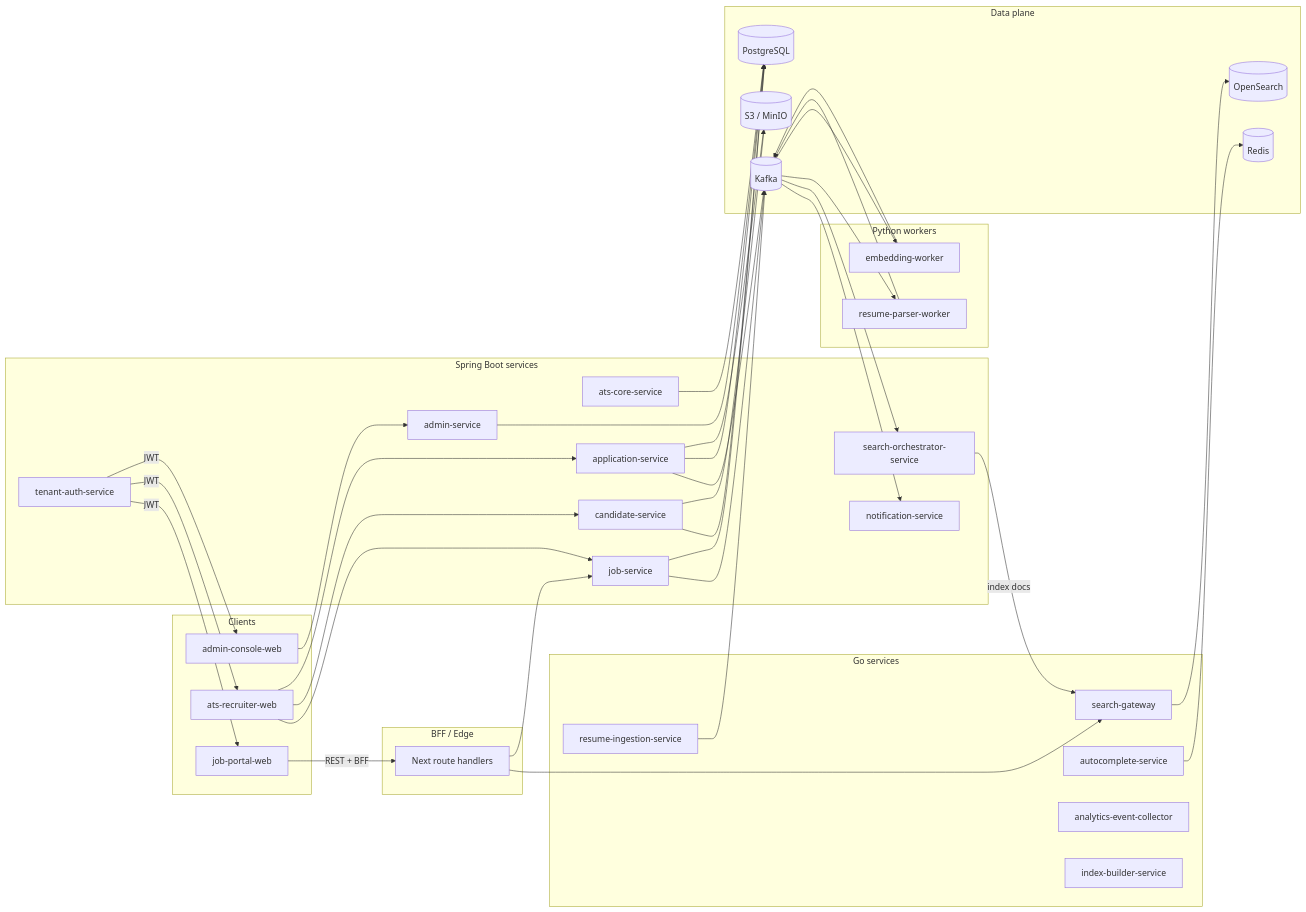
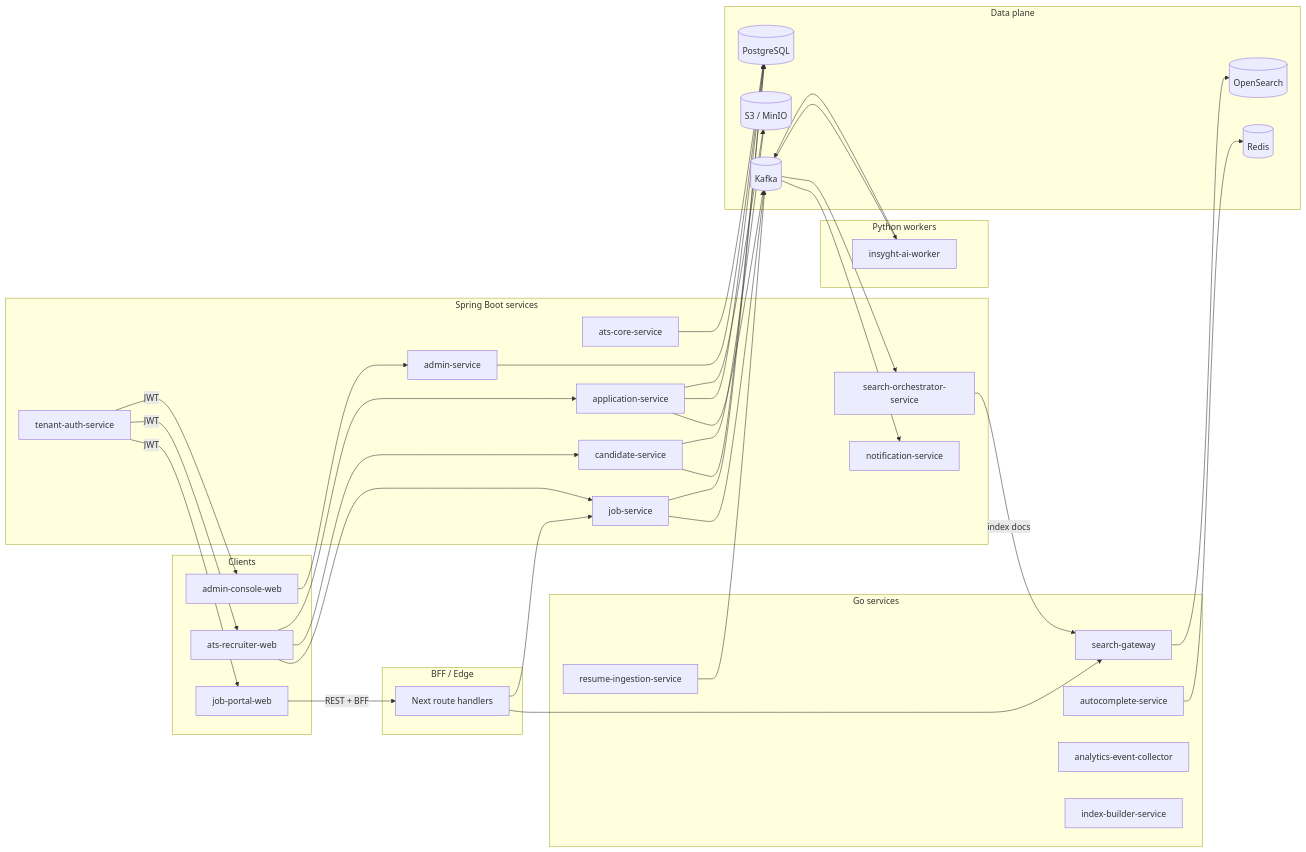
The diagram in docs/02-architecture/README.md (atinsingh/ats), drawn with Mermaid before and after one commit. The commit also changed 35 other files, not shown here.

First line of the commit message:
refactor(workers): merge the three Python workers into insyght-ai-worker

````diff
--- a/docs/02-architecture/README.md
+++ b/docs/02-architecture/README.md
@@ -31,68 +31,65 @@
 ```mermaid
 flowchart LR
   subgraph clients [Clients]
     Portal[job-portal-web]
     ATS[ats-recruiter-web]
     Admin[admin-console-web]
   end
   subgraph bff [BFF / Edge]
     PortalBFF[Next route handlers]
   end
   subgraph apis [Spring Boot services]
     Auth[tenant-auth-service]
     Tenants[ats-core-service]
     Jobs[job-service]
     Cands[candidate-service]
     Apps[application-service]
     Notif[notification-service]
     Orch[search-orchestrator-service]
     AdminSvc[admin-service]
   end
   subgraph go [Go services]
     Gateway[search-gateway]
     Auto[autocomplete-service]
     Ingest[resume-ingestion-service]
     Analytics[analytics-event-collector]
     IndexB[index-builder-service]
   end
   subgraph workers [Python workers]
-    Parser[resume-parser-worker]
-    Embed[embedding-worker]
+    AIW[insyght-ai-worker]
   end
   subgraph data [Data plane]
     PG[(PostgreSQL)]
     OS[(OpenSearch)]
     KAF[(Kafka)]
     S3[(S3 / MinIO)]
     REDIS[(Redis)]
   end
   Portal -->|REST + BFF| PortalBFF
   PortalBFF --> Gateway
   PortalBFF --> Jobs
   ATS --> Jobs
   ATS --> Cands
   ATS --> Apps
   Admin --> AdminSvc
   Auth -- JWT --> Portal
   Auth -- JWT --> ATS
   Auth -- JWT --> Admin
   Apps --> KAF
   Jobs --> KAF
   KAF --> Notif
   KAF --> Orch
   Orch -->|index docs| Gateway
   Gateway --> OS
   Auto --> REDIS
   Ingest --> KAF
-  KAF --> Parser
-  KAF --> Embed
-  Parser --> KAF
-  Embed --> KAF
+  KAF --> AIW
+  AIW --> KAF
   Apps --> PG
   Jobs --> PG
   Cands --> PG
   Tenants --> PG
   AdminSvc --> PG
   Apps --> S3
   Cands --> S3
 ```
````
